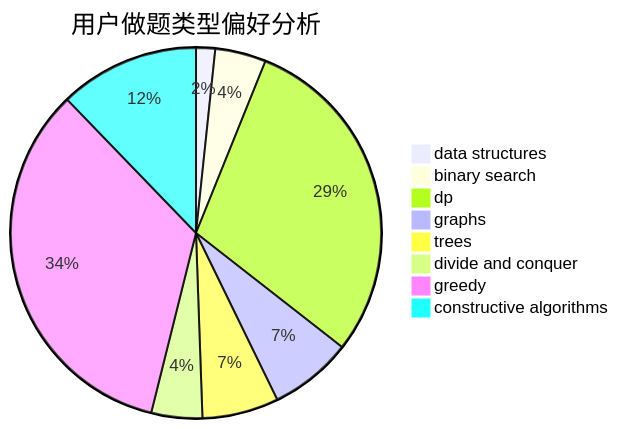
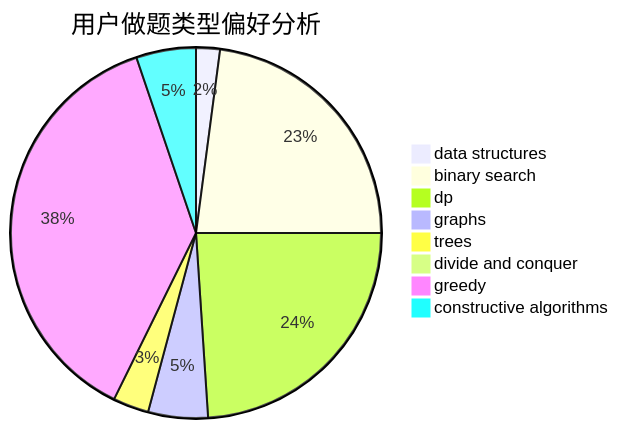
One commit to sherpahu/cfrs.github.io changed the second of 3 diagrams in docs/user/u1545.md. Above: the diagram before and after it, drawn with Mermaid. The commit also changed other lines of this file and 2770 other files, not shown here.

````diff
--- a/docs/user/u1545.md
+++ b/docs/user/u1545.md
@@ -23,11 +23,11 @@
 ```mermaid
 pie title 用户做题类型偏好分析
-    "data structures" :  3
-    "binary search" :  8
-    "dp" :  53
-    "graphs" :  13
-    "trees" :  12
-    "divide and conquer" :  8
-    "greedy" :  61
-    "constructive algorithms" :  22
+    "data structures" :  2
+    "binary search" :  22
+    "dp" :  23
+    "graphs" :  5
+    "trees" :  3
+    "divide and conquer" :  0
+    "greedy" :  36
+    "constructive algorithms" :  5
 ```
````
